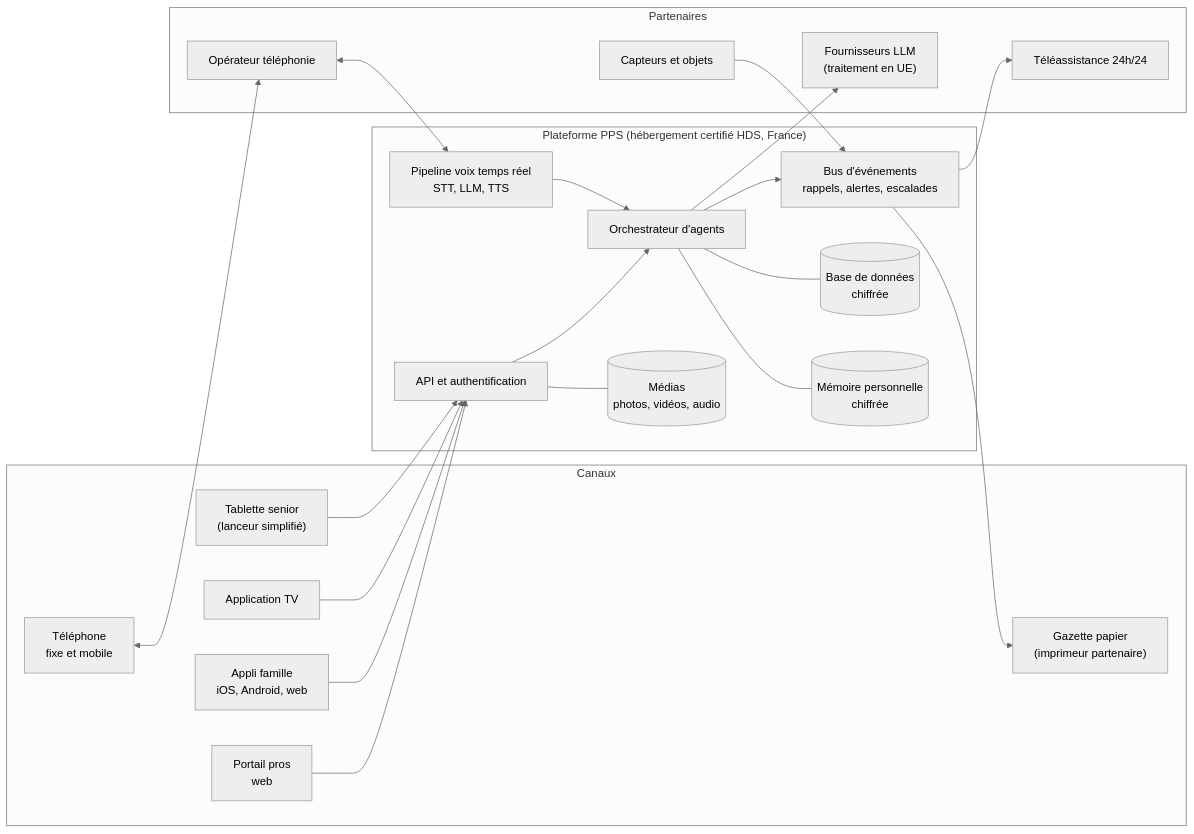
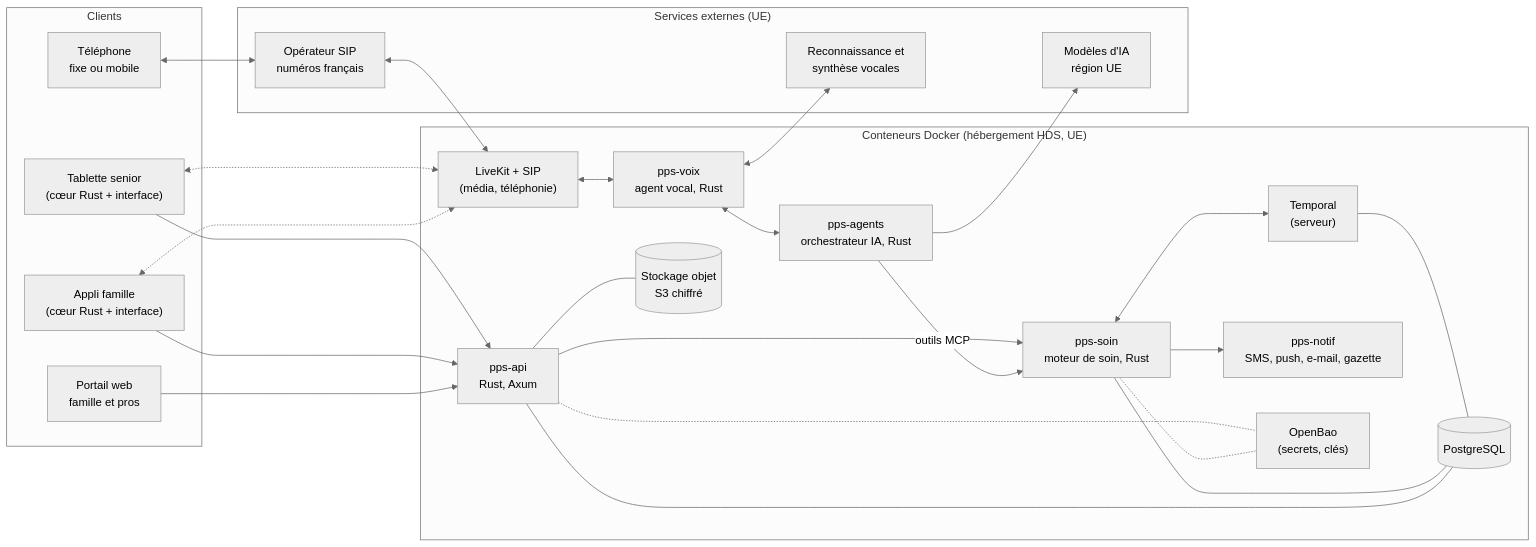
Before and after one commit to OrizonLab/pps: the diagram in docs/06-architecture-technique.md, drawn with Mermaid (neutral theme). The commit also changed other lines of this file and 2 other files, not shown here.

First line of the commit message:
Architecture technique : Rust, Docker, PostgreSQL

````diff
--- a/docs/06-architecture-technique.md
+++ b/docs/06-architecture-technique.md
@@ -13,44 +142,48 @@
 ```mermaid
 flowchart LR
-    subgraph Canaux
-        T["Téléphone<br/>fixe et mobile"]
-        TAB["Tablette senior<br/>(lanceur simplifié)"]
-        TV["Application TV"]
-        FAM["Appli famille<br/>iOS, Android, web"]
-        PRO["Portail pros<br/>web"]
-        GAZ["Gazette papier<br/>(imprimeur partenaire)"]
+    subgraph Clients
+        TAB["Tablette senior<br/>(cœur Rust + interface)"]
+        FAM["Appli famille<br/>(cœur Rust + interface)"]
+        WEB["Portail web<br/>famille et pros"]
+        TEL["Téléphone<br/>fixe ou mobile"]
     end
 
-    subgraph Plateforme["Plateforme PPS (hébergement certifié HDS, France)"]
-        API["API et authentification"]
-        VOIX["Pipeline voix temps réel<br/>STT, LLM, TTS"]
-        AG["Orchestrateur d'agents"]
-        EVT["Bus d'événements<br/>rappels, alertes, escalades"]
-        DB[("Base de données<br/>chiffrée")]
-        MEM[("Mémoire personnelle<br/>chiffrée")]
-        MED[("Médias<br/>photos, vidéos, audio")]
+    subgraph Docker["Conteneurs Docker (hébergement HDS, UE)"]
+        API["pps-api<br/>Rust, Axum"]
+        SOIN["pps-soin<br/>moteur de soin, Rust"]
+        TMP["Temporal<br/>(serveur)"]
+        AGT["pps-agents<br/>orchestrateur IA, Rust"]
+        VOIX["pps-voix<br/>agent vocal, Rust"]
+        LK["LiveKit + SIP<br/>(média, téléphonie)"]
+        NOTIF["pps-notif<br/>SMS, push, e-mail, gazette"]
+        PG[("PostgreSQL")]
+        S3[("Stockage objet<br/>S3 chiffré")]
+        BAO["OpenBao<br/>(secrets, clés)"]
     end
 
-    subgraph Partenaires
-        LLM["Fournisseurs LLM<br/>(traitement en UE)"]
-        TEL["Opérateur téléphonie"]
-        TA["Téléassistance 24h/24"]
-        IOT["Capteurs et objets"]
+    subgraph Externes["Services externes (UE)"]
+        LLM["Modèles d'IA<br/>région UE"]
+        STT["Reconnaissance et<br/>synthèse vocales"]
+        OP["Opérateur SIP<br/>numéros français"]
     end
 
-    T <--> TEL <--> VOIX
     TAB --> API
-    TV --> API
     FAM --> API
-    PRO --> API
-    API --> AG
-    VOIX --> AG
-    AG --> LLM
-    AG --> EVT
-    EVT --> TA
-    IOT --> EVT
-    EVT --> GAZ
-    AG --- DB
-    AG --- MEM
-    API --- MED
+    WEB --> API
+    TEL <--> OP <--> LK <--> VOIX
+    TAB <-.-> LK
+    FAM <-.-> LK
+    API --> SOIN
+    SOIN <--> TMP
+    TMP --- PG
+    SOIN --- PG
+    API --- PG
+    API --- S3
+    AGT -- "outils MCP" --> SOIN
+    VOIX <--> AGT
+    VOIX <--> STT
+    AGT --> LLM
+    SOIN --> NOTIF
+    API -.- BAO
+    SOIN -.- BAO
 ```
````
